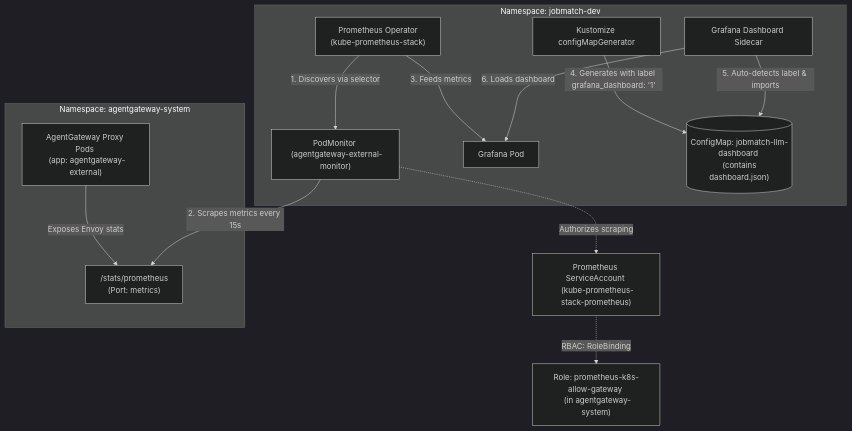
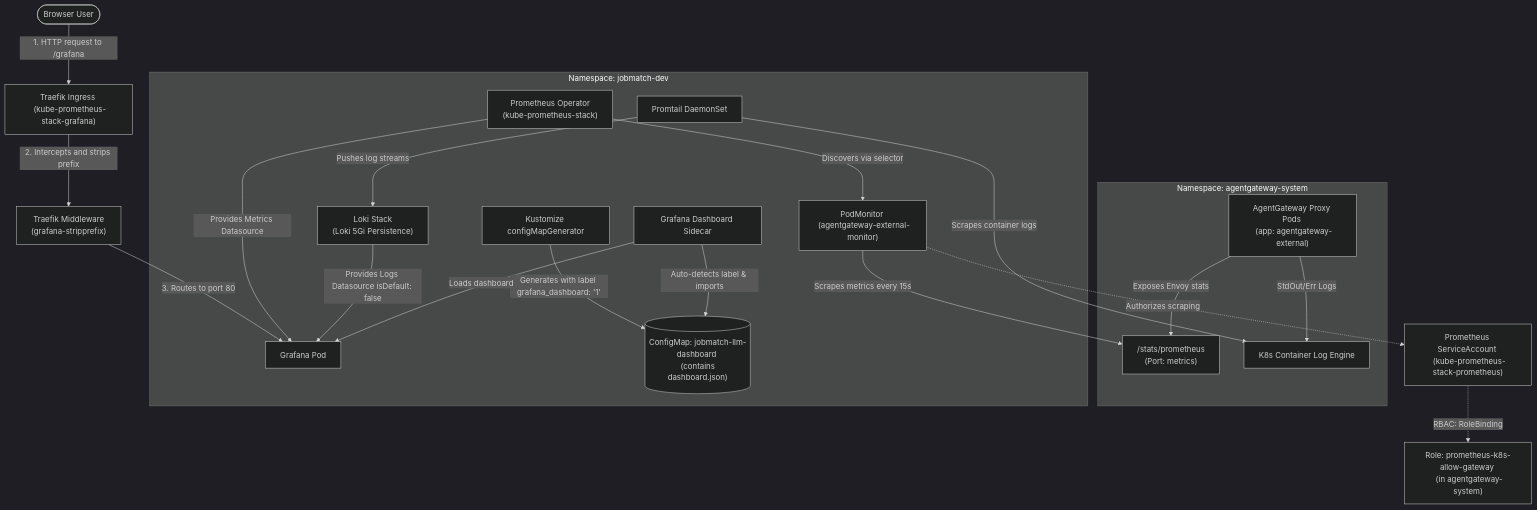
The eighth of 8 diagrams in doc/HLD.md (mkdir28/hackathon-devops), drawn with Mermaid (dark theme) before and after one commit. The commit also changed other lines of this file and 2 other files, not shown here.

Commit message:
docs: align monitoring documentation with loki stack and ingress configurations

````diff
--- a/doc/HLD.md
+++ b/doc/HLD.md
@@ -353,19 +356,28 @@
 ```mermaid
 graph TD
+    User([Browser User]) -->|1. HTTP request to /grafana| Ingress["Traefik Ingress <br> (kube-prometheus-stack-grafana)"]
+    Ingress -->|2. Intercepts and strips prefix| Middleware["Traefik Middleware <br> (grafana-stripprefix)"]
+    Middleware -->|3. Routes to port 80| Grafana["Grafana Pod"]
+
     subgraph "Namespace: agentgateway-system"
         AGW["AgentGateway Proxy Pods <br> (app: agentgateway-external)"] -->|Exposes Envoy stats| Endpoint["/stats/prometheus <br> (Port: metrics)"]
+        AGW -->|StdOut/Err Logs| K8sLogs["K8s Container Log Engine"]
     end
 
     subgraph "Namespace: jobmatch-dev"
-        Prom["Prometheus Operator <br> (kube-prometheus-stack)"] -->|1. Discovers via selector| PM["PodMonitor <br> (agentgateway-external-monitor)"]
-        PM -->|2. Scrapes metrics every 15s| Endpoint
-        Prom -->|3. Feeds metrics| Grafana["Grafana Pod"]
+        Prom["Prometheus Operator <br> (kube-prometheus-stack)"] -->|Discovers via selector| PM["PodMonitor <br> (agentgateway-external-monitor)"]
+        PM -->|Scrapes metrics every 15s| Endpoint
+        Prom -->|Provides Metrics Datasource| Grafana
         
-        Kust["Kustomize configMapGenerator"] -->|4. Generates with label grafana_dashboard: '1'| CM[("ConfigMap: jobmatch-llm-dashboard <br> (contains dashboard.json)")]
-        GrafanaSidecar["Grafana Dashboard Sidecar"] -->|5. Auto-detects label & imports| CM
-        GrafanaSidecar -->|6. Loads dashboard| Grafana
+        Loki["Loki Stack <br> (Loki 5Gi Persistence)"] -->|Provides Logs Datasource isDefault: false| Grafana
+        Promtail["Promtail DaemonSet"] -->|Scrapes container logs| K8sLogs
+        Promtail -->|Pushes log streams| Loki
+        
+        Kust["Kustomize configMapGenerator"] -->|Generates with label grafana_dashboard: '1'| CM[("ConfigMap: jobmatch-llm-dashboard <br> (contains dashboard.json)")]
+        GrafanaSidecar["Grafana Dashboard Sidecar"] -->|Auto-detects label & imports| CM
+        GrafanaSidecar -->|Loads dashboard| Grafana
     end
     
     PromSA["Prometheus ServiceAccount <br> (kube-prometheus-stack-prometheus)"] -.->|RBAC: RoleBinding| Role["Role: prometheus-k8s-allow-gateway <br> (in agentgateway-system)"]
     PM -.->|Authorizes scraping| PromSA
 ```
````
